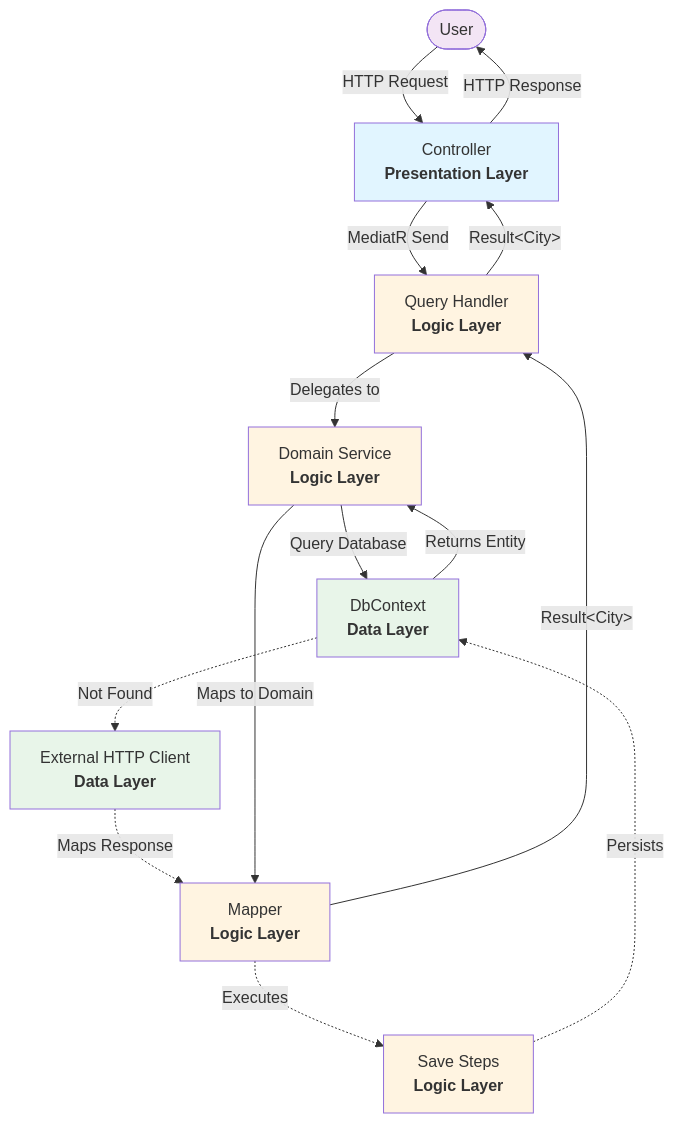
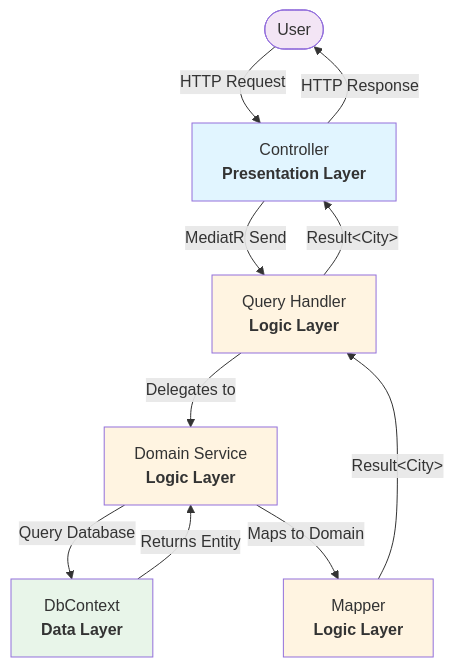
Before and after one commit to AdrianStrugala/SolTechnology.Core: the first of 3 diagrams in docs/theDesign.md, drawn with Mermaid. The commit also changed other lines of this file and 1 other file, not shown here.

````diff
--- a/docs/theDesign.md
+++ b/docs/theDesign.md
@@ -513,34 +609,26 @@
 ```mermaid
 graph TB
     User([User])
     Controller[Controller<br/><b>Presentation Layer</b>]
     QueryHandler[Query Handler<br/><b>Logic Layer</b>]
     DomainService[Domain Service<br/><b>Logic Layer</b>]
     DbContext[DbContext<br/><b>Data Layer</b>]
-    HTTPClient[External HTTP Client<br/><b>Data Layer</b>]
     Mapper[Mapper<br/><b>Logic Layer</b>]
-    SaveSteps[Save Steps<br/><b>Logic Layer</b>]
 
     User -->|HTTP Request| Controller
     Controller -->|MediatR Send| QueryHandler
     QueryHandler -->|Delegates to| DomainService
     DomainService -->|Query Database| DbContext
-    DbContext -.->|Not Found| HTTPClient
-    HTTPClient -.->|Maps Response| Mapper
-    Mapper -.->|Executes| SaveSteps
-    SaveSteps -.->|Persists| DbContext
     DbContext -->|Returns Entity| DomainService
     DomainService -->|Maps to Domain| Mapper
     Mapper -->|Result&lt;City&gt;| QueryHandler
     QueryHandler -->|Result&lt;City&gt;| Controller
     Controller -->|HTTP Response| User
 
     style Controller fill:#e1f5ff
     style QueryHandler fill:#fff4e1
     style DomainService fill:#fff4e1
     style Mapper fill:#fff4e1
-    style SaveSteps fill:#fff4e1
     style DbContext fill:#e8f5e9
-    style HTTPClient fill:#e8f5e9
     style User fill:#f3e5f5
 ```
````
